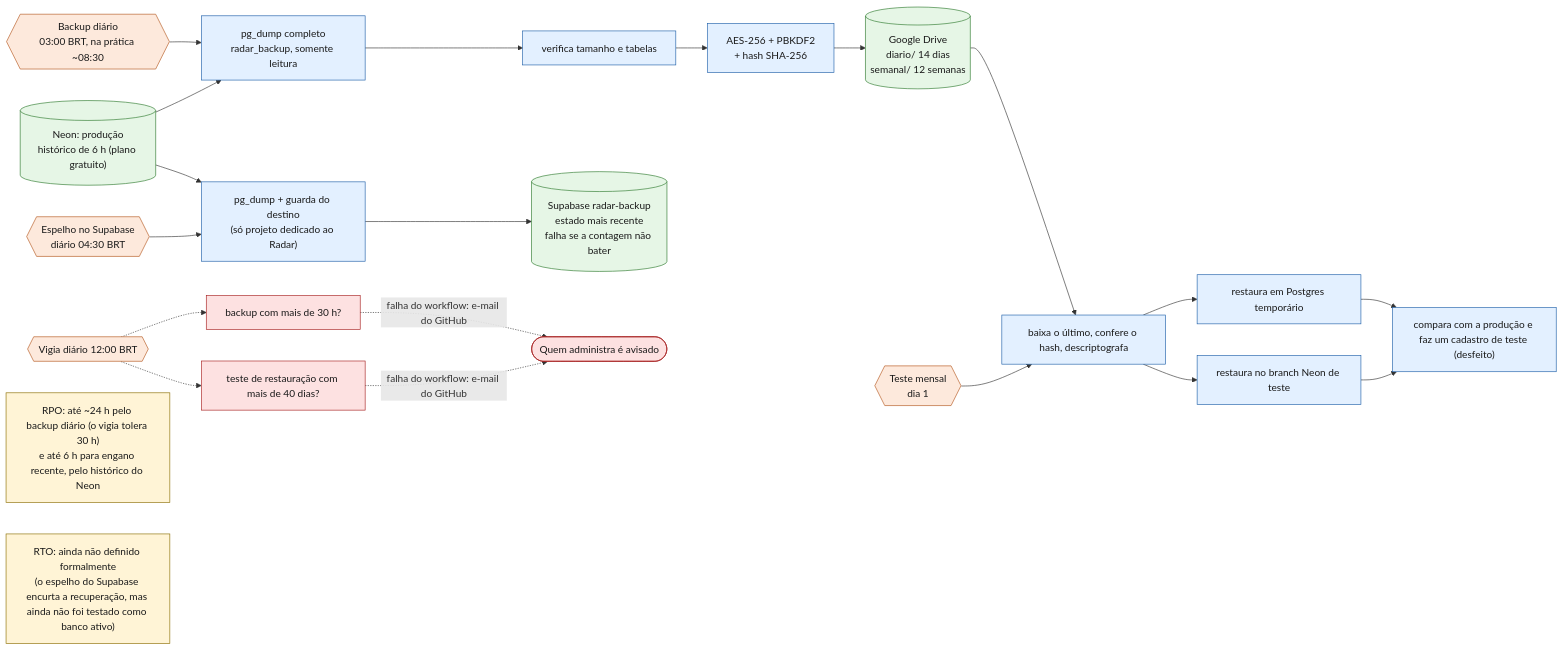
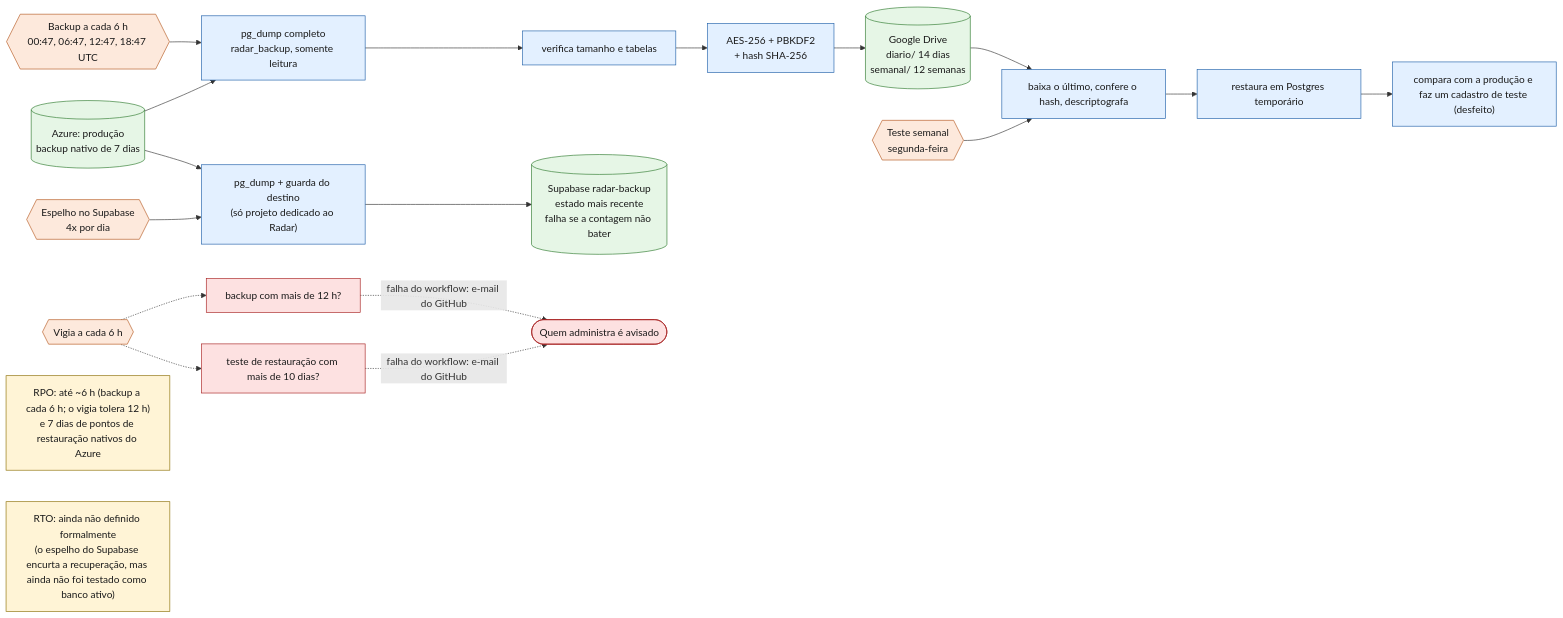
Diagram 18 of 22 in docs/DIAGRAMAS.md (agentanalisedegoverno-svg/dashboard-metrics-team), drawn with Mermaid before and after one commit. The commit also changed other lines of this file and 38 other files, not shown here.

````diff
--- a/docs/DIAGRAMAS.md
+++ b/docs/DIAGRAMAS.md
@@ -679,33 +679,31 @@
 ```mermaid
 flowchart LR
   classDef agenda fill:#fde9dc,stroke:#b4561d,color:#1a1a1a
   classDef dados fill:#e6f6e6,stroke:#2d7a2d,color:#1a1a1a
   classDef passo fill:#e3f0ff,stroke:#1f5fa8,color:#1a1a1a
   classDef alerta fill:#fde1e1,stroke:#a61f1f,color:#1a1a1a
   classDef meta fill:#fff4d6,stroke:#8a6d00,color:#1a1a1a
 
-  DB[("Neon: produção<br/>histórico de 6 h (plano gratuito)")]:::dados
-  BK{{"Backup diário<br/>03:00 BRT, na prática ~08:30"}}:::agenda --> DUMP["pg_dump completo<br/>radar_backup, somente leitura"]:::passo
+  DB[("Azure: produção<br/>backup nativo de 7 dias")]:::dados
+  BK{{"Backup a cada 6 h<br/>00:47, 06:47, 12:47, 18:47 UTC"}}:::agenda --> DUMP["pg_dump completo<br/>radar_backup, somente leitura"]:::passo
   DB --> DUMP
   DUMP --> CHK["verifica tamanho e tabelas"]:::passo --> ENC["AES-256 + PBKDF2<br/>+ hash SHA-256"]:::passo
   ENC --> DR[("Google Drive<br/>diario/ 14 dias<br/>semanal/ 12 semanas")]:::dados
 
-  ESP{{"Espelho no Supabase<br/>diário 04:30 BRT"}}:::agenda --> DUMP2["pg_dump + guarda do destino<br/>(só projeto dedicado ao Radar)"]:::passo
+  ESP{{"Espelho no Supabase<br/>4x por dia"}}:::agenda --> DUMP2["pg_dump + guarda do destino<br/>(só projeto dedicado ao Radar)"]:::passo
   DB --> DUMP2
   DUMP2 --> SUPA[("Supabase radar-backup<br/>estado mais recente<br/>falha se a contagem não bater")]:::dados
 
-  MES{{"Teste mensal<br/>dia 1"}}:::agenda --> DL["baixa o último, confere o hash, descriptografa"]:::passo
+  MES{{"Teste semanal<br/>segunda-feira"}}:::agenda --> DL["baixa o último, confere o hash, descriptografa"]:::passo
   DR --> DL
   DL --> R1["restaura em Postgres temporário"]:::passo
-  DL --> R2["restaura no branch Neon de teste"]:::passo
   R1 --> CMP["compara com a produção e faz um cadastro de teste (desfeito)"]:::passo
-  R2 --> CMP
 
-  VIG{{"Vigia diário 12:00 BRT"}}:::agenda
-  VIG -.-> A1["backup com mais de 30 h?"]:::alerta
-  VIG -.-> A2["teste de restauração com mais de 40 dias?"]:::alerta
+  VIG{{"Vigia a cada 6 h"}}:::agenda
+  VIG -.-> A1["backup com mais de 12 h?"]:::alerta
+  VIG -.-> A2["teste de restauração com mais de 10 dias?"]:::alerta
   A1 & A2 -.->|"falha do workflow: e-mail do GitHub"| N(["Quem administra é avisado"]):::alerta
 
-  M1["RPO: até ~24 h pelo backup diário (o vigia tolera 30 h)<br/>e até 6 h para engano recente, pelo histórico do Neon"]:::meta
+  M1["RPO: até ~6 h (backup a cada 6 h; o vigia tolera 12 h)<br/>e 7 dias de pontos de restauração nativos do Azure"]:::meta
   M2["RTO: ainda não definido formalmente<br/>(o espelho do Supabase encurta a recuperação, mas ainda não foi testado como banco ativo)"]:::meta
 ```
````
